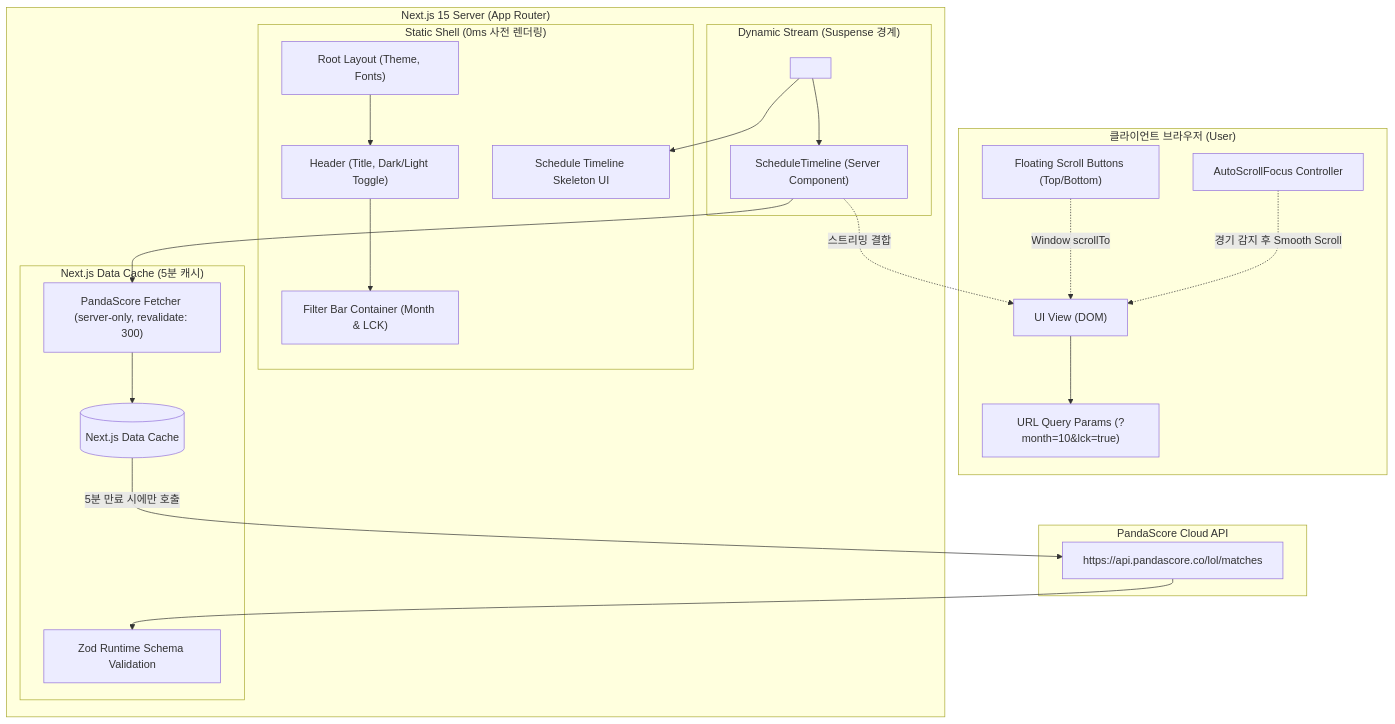
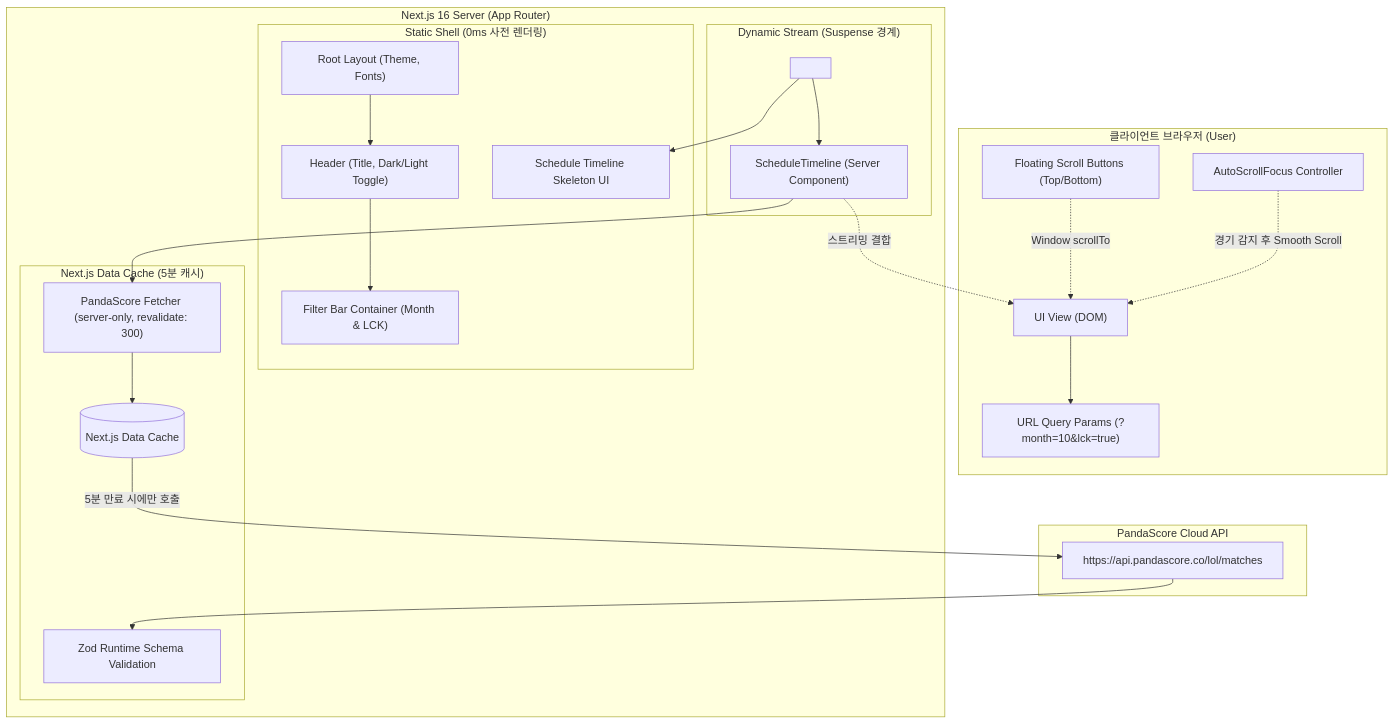
Before and after one commit to hanpla/hanpla-lol-worlds: the diagram in docs/ARCHITECTURE.md, drawn with Mermaid. The commit also changed other lines of this file and 3 other files, not shown here.

````diff
--- a/docs/ARCHITECTURE.md
+++ b/docs/ARCHITECTURE.md
@@ -9,46 +9,46 @@
 ```mermaid
 flowchart TD
     subgraph ClientBrowser ["클라이언트 브라우저 (User)"]
         UI["UI View (DOM)"]
         URL["URL Query Params (?month=10&lck=true)"]
         ScrollController["AutoScrollFocus Controller"]
         FAB["Floating Scroll Buttons (Top/Bottom)"]
     end
 
-    subgraph NextServer ["Next.js 15 Server (App Router)"]
+    subgraph NextServer ["Next.js 16 Server (App Router)"]
         subgraph StaticShell ["Static Shell (0ms 사전 렌더링)"]
             Layout["Root Layout (Theme, Fonts)"]
             Header["Header (Title, Dark/Light Toggle)"]
             TabsContainer["Filter Bar Container (Month & LCK)"]
             Skeleton["Schedule Timeline Skeleton UI"]
         end
 
         subgraph DynamicStream ["Dynamic Stream (Suspense 경계)"]
             SuspenseBoundary["<Suspense fallback={...}>"]
             ScheduleRSC["ScheduleTimeline (Server Component)"]
         end
 
         subgraph DataCacheLayer ["Next.js Data Cache (5분 캐시)"]
             Fetcher["PandaScore Fetcher (server-only, revalidate: 300)"]
             ZodValidator["Zod Runtime Schema Validation"]
             MemoryCache[("Next.js Data Cache")]
         end
     end
 
     subgraph ExternalAPI ["PandaScore Cloud API"]
         PandaAPI["https://api.pandascore.co/lol/matches"]
     end
 
     UI --> URL
     Layout --> Header
     Header --> TabsContainer
     SuspenseBoundary --> Skeleton
     SuspenseBoundary --> ScheduleRSC
     ScheduleRSC --> Fetcher
     Fetcher --> MemoryCache
     MemoryCache -- "5분 만료 시에만 호출" --> PandaAPI
     PandaAPI --> ZodValidator
     ScheduleRSC -. "스트리밍 결합" .-> UI
     ScrollController -. "경기 감지 후 Smooth Scroll" .-> UI
     FAB -. "Window scrollTo" .-> UI
 ```
````
